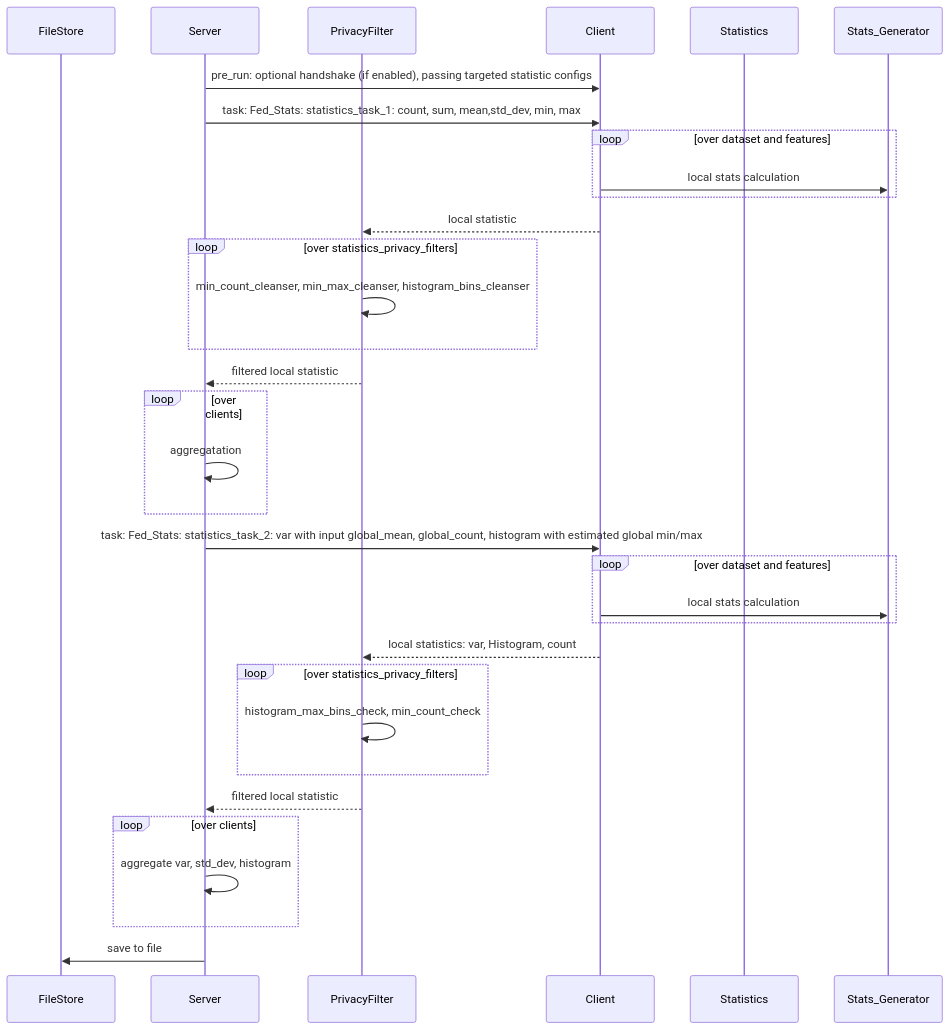
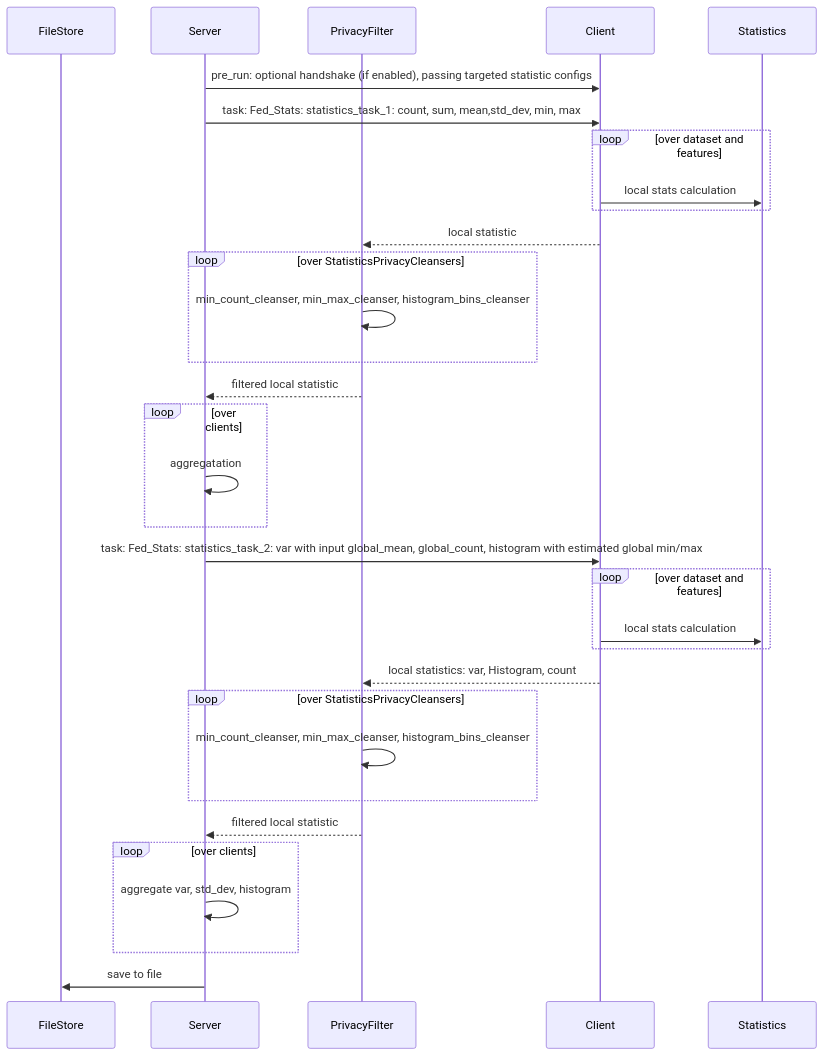
One commit to NVIDIA/NVFlare changed the diagram in examples/federated_statistics/README.md. Above: the diagram before and after it, drawn with Mermaid.

Commit message:
update sequence diagram [skip ci] (#961)
* update sequence diagram

* update sequence diagram

* update sequence diagram

````diff
--- a/examples/federated_statistics/README.md
+++ b/examples/federated_statistics/README.md
@@ -28,35 +28,35 @@
 ```mermaid
  
 sequenceDiagram
     participant FileStore
     participant Server
     participant PrivacyFilter
     participant Client
     participant Statistics
     Server->>Client: pre_run: optional handshake (if enabled), passing targeted statistic configs
     Server->>Client: task: Fed_Stats: statistics_task_1: count, sum, mean,std_dev, min, max 
     loop over dataset and features
-       Client->>Stats_Generator: local stats calculation
+       Client->>Statistics: local stats calculation
     end
     Client-->>PrivacyFilter: local statistic
-     loop over statistics_privacy_filters
+     loop over StatisticsPrivacyCleansers
         PrivacyFilter->>PrivacyFilter: min_count_cleanser, min_max_cleanser, histogram_bins_cleanser
     end
     PrivacyFilter-->>Server: filtered local statistic
     loop over clients
         Server->>Server: aggregatation
     end
     Server->>Client:  task: Fed_Stats: statistics_task_2: var with input global_mean, global_count, histogram with estimated global min/max
     loop over dataset and features
-       Client->>Stats_Generator: local stats calculation
+       Client->>Statistics: local stats calculation
     end
     Client-->>PrivacyFilter: local statistics: var, Histogram, count
-    loop over statistics_privacy_filters
-        PrivacyFilter->>PrivacyFilter: histogram_max_bins_check, min_count_check
+    loop over StatisticsPrivacyCleansers
+         PrivacyFilter->>PrivacyFilter: min_count_cleanser, min_max_cleanser, histogram_bins_cleanser
     end
     PrivacyFilter-->>Server: filtered local statistic    
     loop over clients
         Server->>Server: aggregate var, std_dev, histogram
     end
     Server->>FileStore: save to file
 ```
````
